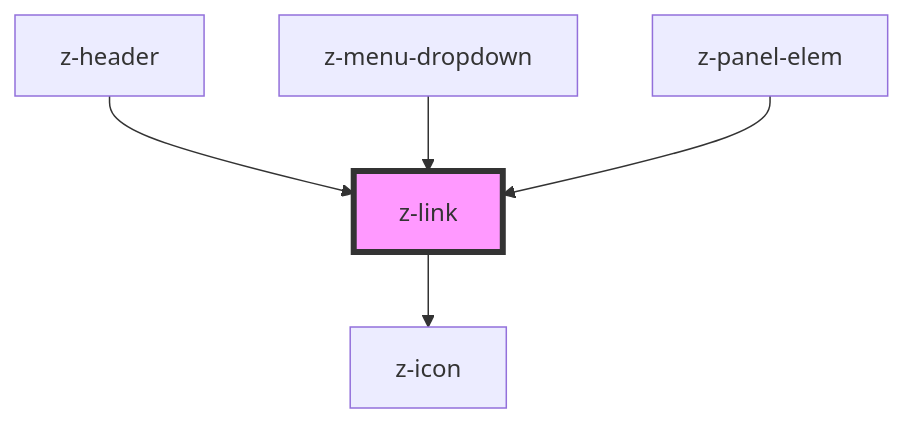
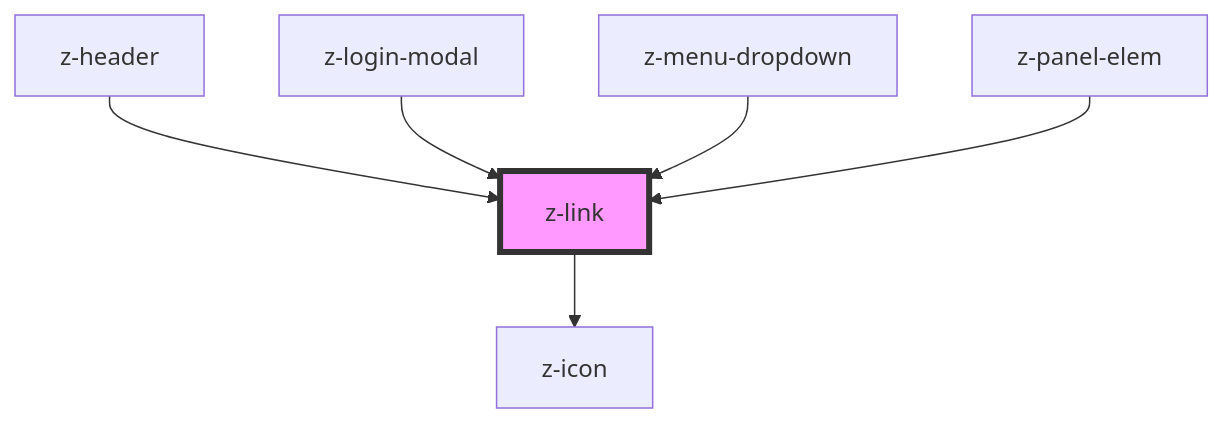
One commit to ZanichelliEditore/design-system changed the diagram in src/components/navigation/z-link/readme.md. Above: the diagram before and after it, drawn with Mermaid. The commit also changed other lines of this file and 8 other files, not shown here.

Commit message:
feat: base z-login-modal

````diff
--- a/src/components/navigation/z-link/readme.md
+++ b/src/components/navigation/z-link/readme.md
@@ -50,8 +51,9 @@
 ```mermaid
 graph TD;
   z-link --> z-icon
   z-header --> z-link
+  z-login-modal --> z-link
   z-menu-dropdown --> z-link
   z-panel-elem --> z-link
   style z-link fill:#f9f,stroke:#333,stroke-width:4px
 ```
````
